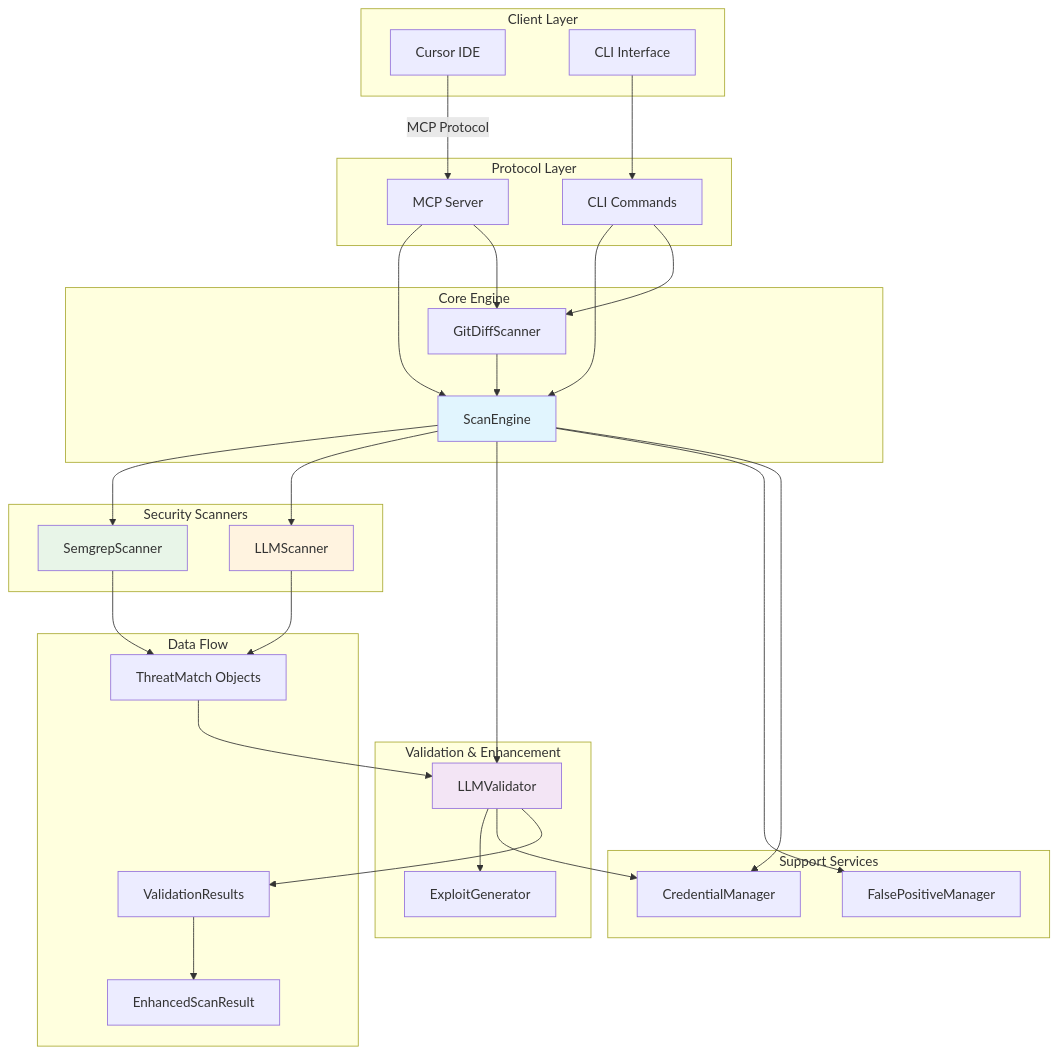
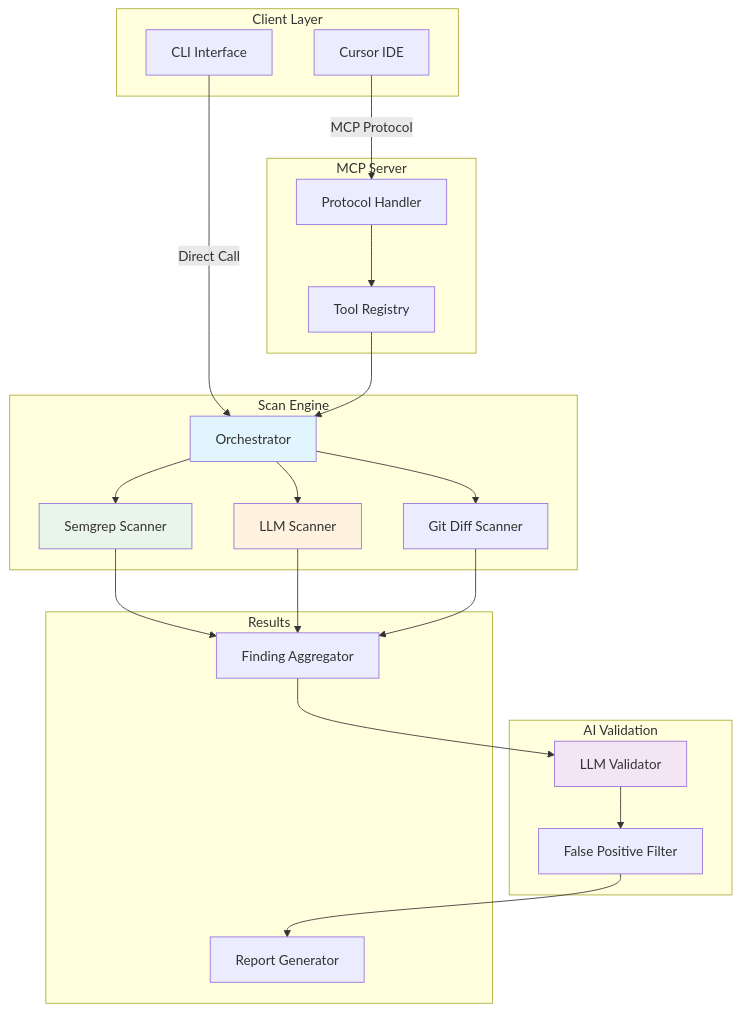
One commit to brettbergin/adversary-mcp-server changed the diagram in README.md. Above: the diagram before and after it, drawn with Mermaid. The commit also changed other lines of this file and 52 other files, not shown here.

````diff
--- a/README.md
+++ b/README.md
@@ -152,68 +283,51 @@
 ```mermaid
 graph TB
     subgraph "Client Layer"
         A[Cursor IDE]
         B[CLI Interface]
     end
 
-    subgraph "Protocol Layer"
-        C[MCP Server]
-        D[CLI Commands]
+    subgraph "MCP Server"
+        C[Protocol Handler]
+        D[Tool Registry]
+    end
+
+    subgraph "Scan Engine"
+        E[Orchestrator]
+        F[Semgrep Scanner]
+        G[LLM Scanner]
+        H[Git Diff Scanner]
+    end
+
+    subgraph "AI Validation"
+        I[LLM Validator]
+        J[False Positive Filter]
+    end
+
+    subgraph "Results"
+        K[Finding Aggregator]
+        L[Report Generator]
     end
 
     A -->|MCP Protocol| C
-    B --> D
+    B -->|Direct Call| E
+    C --> D
+    D --> E
 
-    subgraph "Core Engine"
-        E[ScanEngine]
-        F[GitDiffScanner]
-    end
-
-    C --> E
-    D --> E
-    C --> F
-    D --> F
-
-    subgraph "Security Scanners"
-        G[SemgrepScanner]
-        H[LLMScanner]
-    end
-
+    E --> F
     E --> G
     E --> H
-    F --> E
 
-    subgraph "Validation & Enhancement"
-        I[LLMValidator]
-        J[ExploitGenerator]
-    end
+    F --> K
+    G --> K
+    H --> K
 
-    E --> I
+    K --> I
     I --> J
-
-    subgraph "Support Services"
-        K[FalsePositiveManager]
-        L[CredentialManager]
-    end
-
-    E --> K
-    E --> L
-    I --> L
-
-    subgraph "Data Flow"
-        M[ThreatMatch Objects]
-        N[ValidationResults]
-        O[EnhancedScanResult]
-    end
-
-    G --> M
-    H --> M
-    M --> I
-    I --> N
-    N --> O
+    J --> L
 
     style E fill:#e1f5fe
     style I fill:#f3e5f5
-    style G fill:#e8f5e8
-    style H fill:#fff3e0
+    style F fill:#e8f5e8
+    style G fill:#fff3e0
 ```
````
